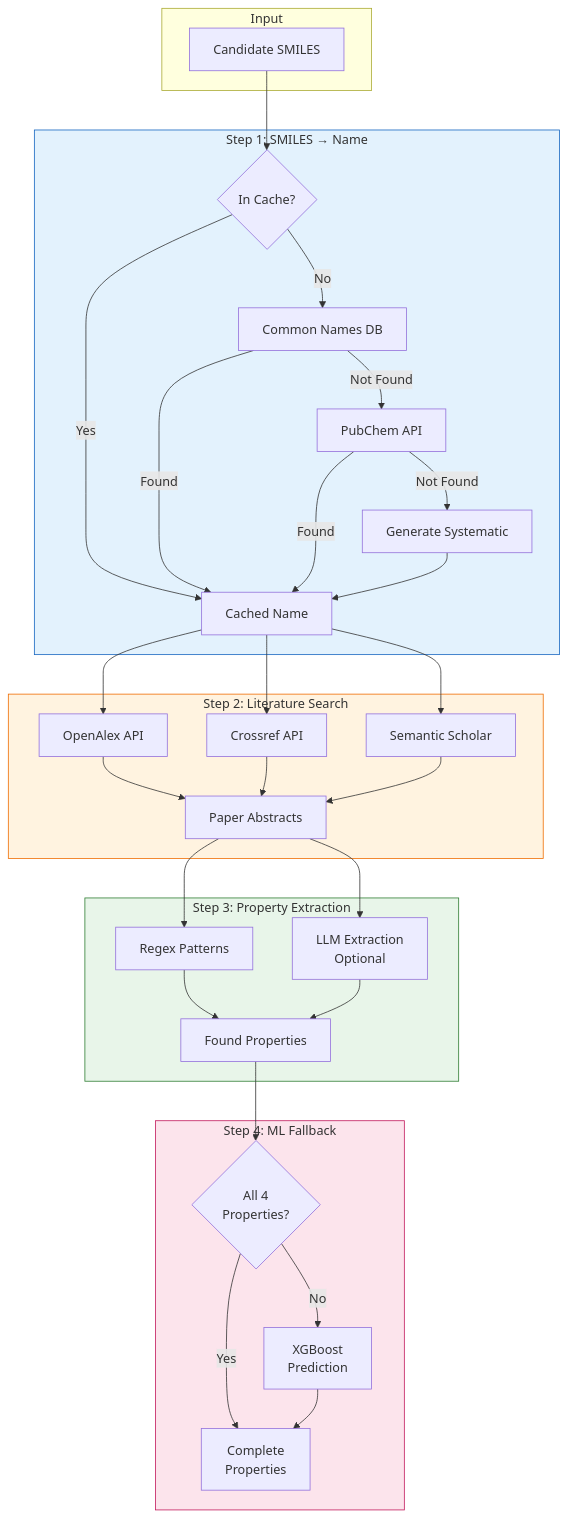
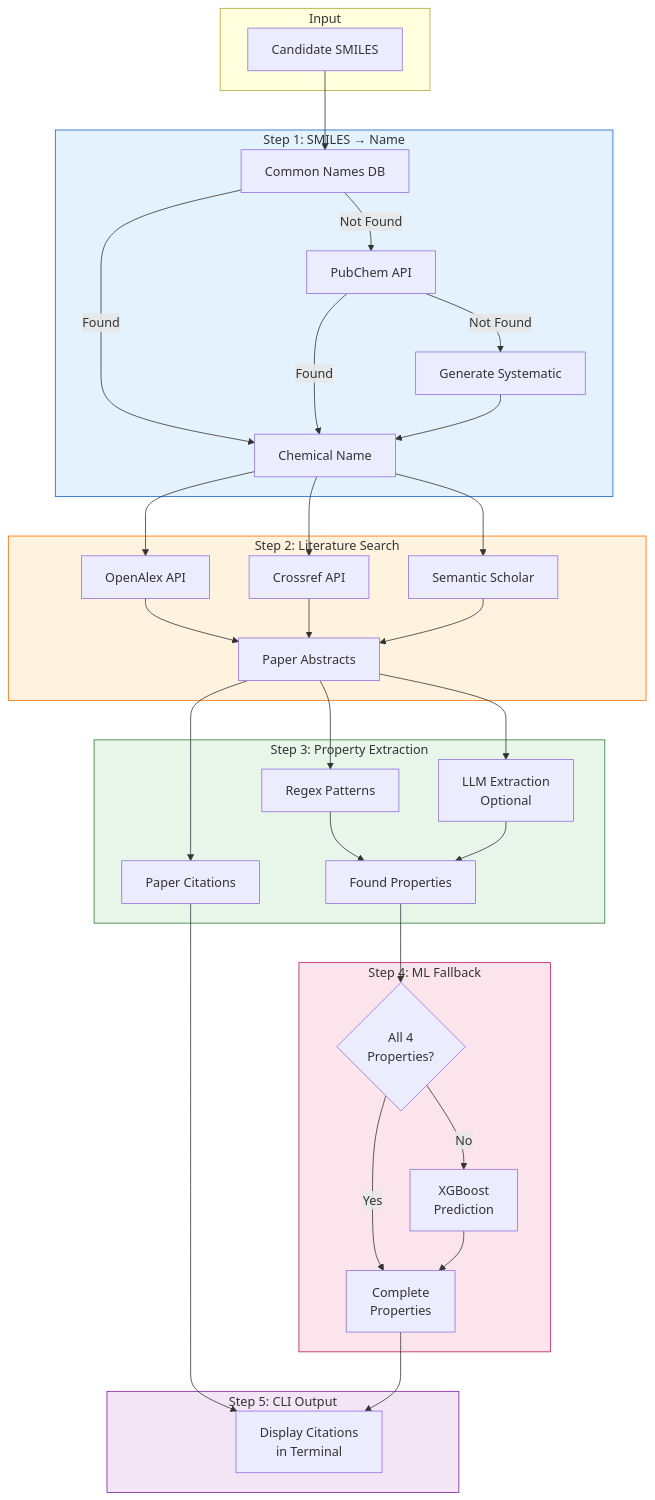
One commit to josefberman/EnergeticGraph changed diagram 11 of 19 in docs/system_design.md. Above: the diagram before and after it, drawn with Mermaid. The commit also changed other lines of this file and 4 other files, not shown here.

Commit message:
feat: Enhance RAG property retrieval by adding citation tracking and CLI display; suppress RDKit warnings in main entry points. Update system design documentation to reflect new citation features and improve clarity on literature-derived properties.

````diff
--- a/docs/system_design.md
+++ b/docs/system_design.md
@@ -512,45 +512,50 @@
 ```mermaid
 flowchart TB
     subgraph Input["Input"]
         SMILES[Candidate SMILES]
     end
     
     subgraph NameConversion["Step 1: SMILES → Name"]
-        SMILES --> Cache1{In Cache?}
-        Cache1 -->|Yes| Name1[Cached Name]
-        Cache1 -->|No| CommonDB[Common Names DB]
+        SMILES --> CommonDB[Common Names DB]
         CommonDB -->|Not Found| PubChem[PubChem API]
         PubChem -->|Not Found| Systematic[Generate Systematic]
-        CommonDB -->|Found| Name1
+        CommonDB -->|Found| Name1[Chemical Name]
         PubChem -->|Found| Name1
         Systematic --> Name1
     end
     
     subgraph Search["Step 2: Literature Search"]
         Name1 --> OpenAlex[OpenAlex API]
         Name1 --> Crossref[Crossref API]
         Name1 --> SemanticScholar[Semantic Scholar]
         OpenAlex --> Papers[Paper Abstracts]
         Crossref --> Papers
         SemanticScholar --> Papers
     end
     
     subgraph Extract["Step 3: Property Extraction"]
         Papers --> Regex[Regex Patterns]
         Papers --> LLM[LLM Extraction<br/>Optional]
         Regex --> Found[Found Properties]
         LLM --> Found
+        Papers --> Citations[Paper Citations]
     end
     
     subgraph Fallback["Step 4: ML Fallback"]
         Found --> Check{All 4<br/>Properties?}
         Check -->|No| MLPredict[XGBoost<br/>Prediction]
         Check -->|Yes| Output
         MLPredict --> Output[Complete<br/>Properties]
     end
     
+    subgraph Display["Step 5: CLI Output"]
+        Citations --> CLI[Display Citations<br/>in Terminal]
+        Output --> CLI
+    end
+    
     style NameConversion fill:#e3f2fd,stroke:#1565c0
     style Search fill:#fff3e0,stroke:#ef6c00
     style Extract fill:#e8f5e9,stroke:#2e7d32
     style Fallback fill:#fce4ec,stroke:#c2185b
+    style Display fill:#f3e5f5,stroke:#7b1fa2
 ```
````
